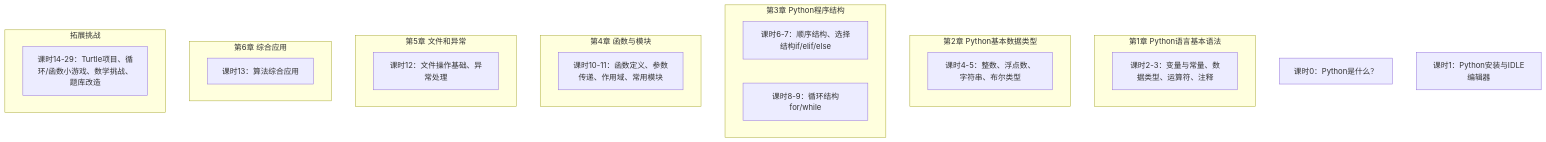
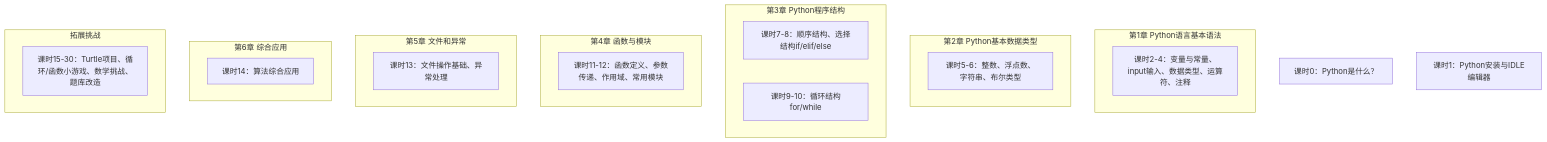
One commit to v587labs/ycl-python-level4 changed the first of 3 diagrams in docs/PRD.md. Above: the diagram before and after it, drawn with Mermaid. The commit also changed other lines of this file and 12 other files, not shown here.

````diff
--- a/docs/PRD.md
+++ b/docs/PRD.md
@@ -45,27 +45,27 @@
 ```mermaid
 flowchart TB
     Intro["课时0：Python是什么？"]
     Editor["课时1：Python安装与IDLE编辑器"]
     subgraph Chapter1["第1章 Python语言基本语法"]
-        L1["课时2-3：变量与常量、数据类型、运算符、注释"]
+        L1["课时2-4：变量与常量、input输入、数据类型、运算符、注释"]
     end
     subgraph Chapter2["第2章 Python基本数据类型"]
-        L2["课时4-5：整数、浮点数、字符串、布尔类型"]
+        L2["课时5-6：整数、浮点数、字符串、布尔类型"]
     end
     subgraph Chapter3["第3章 Python程序结构"]
-        L3["课时6-7：顺序结构、选择结构if/elif/else"]
-        L4["课时8-9：循环结构for/while"]
+        L3["课时7-8：顺序结构、选择结构if/elif/else"]
+        L4["课时9-10：循环结构for/while"]
     end
     subgraph Chapter4["第4章 函数与模块"]
-        L5["课时10-11：函数定义、参数传递、作用域、常用模块"]
+        L5["课时11-12：函数定义、参数传递、作用域、常用模块"]
     end
     subgraph Chapter5["第5章 文件和异常"]
-        L6["课时12：文件操作基础、异常处理"]
+        L6["课时13：文件操作基础、异常处理"]
     end
     subgraph Chapter6["第6章 综合应用"]
-        L7["课时13：算法综合应用"]
+        L7["课时14：算法综合应用"]
     end
     subgraph Extension["拓展挑战"]
-        E1["课时14-29：Turtle项目、循环/函数小游戏、数学挑战、题库改造"]
+        E1["课时15-30：Turtle项目、循环/函数小游戏、数学挑战、题库改造"]
     end
 ```
````
